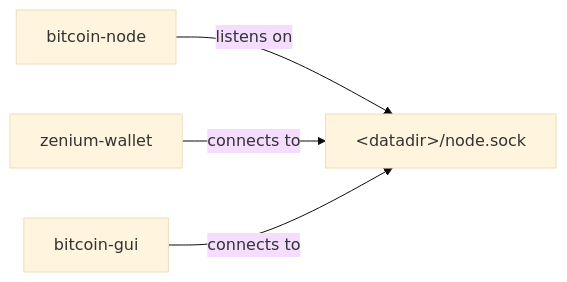
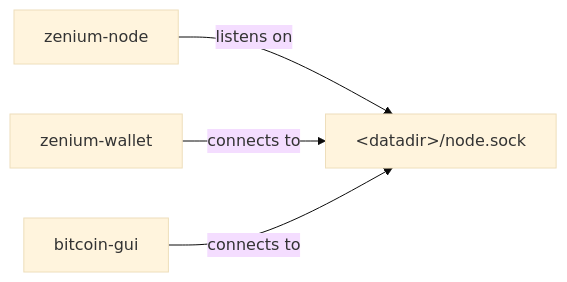
The first of 3 diagrams in doc/design/multiprocess.md (zenium-community/zenium), drawn with Mermaid (base theme) before and after one commit. The commit also changed other lines of this file and 10 other files, not shown here.

Commit message:
Rebrand: rename 'bitcoin-node' to 'zenium-node'

````diff
--- a/doc/design/multiprocess.md
+++ b/doc/design/multiprocess.md
@@ -50,6 +50,6 @@
 ```mermaid
 flowchart LR
-    node[bitcoin-node] -- listens on --> socket["&lt;datadir&gt;/node.sock"]
+    node[zenium-node] -- listens on --> socket["&lt;datadir&gt;/node.sock"]
     wallet[zenium-wallet] -- connects to --> socket
     gui[bitcoin-gui] -- connects to --> socket
 ```
````
